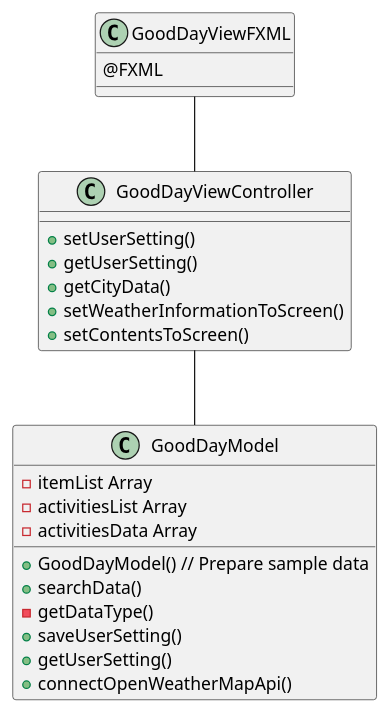
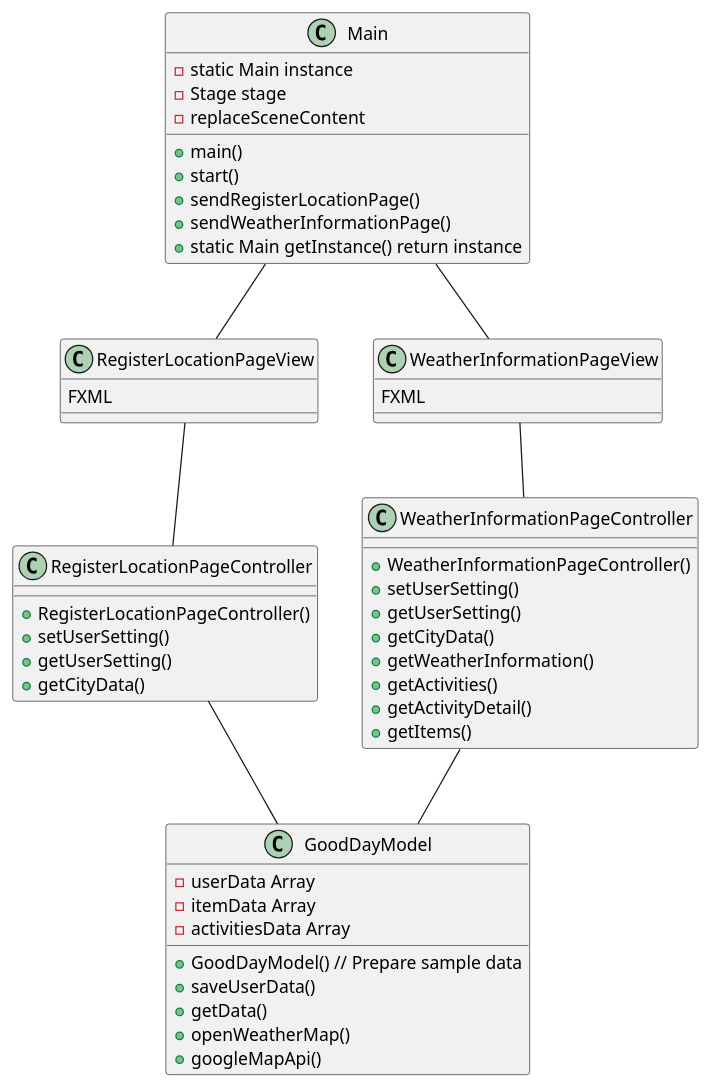
One commit to mustanghippie/Goodday changed the diagram in GoodDay_class_diagram.puml. Above: the diagram before and after it, drawn with PlantUML. The commit also changed 8 other files, not shown here.

Commit message:
Add sample sample change page and update uml

```diff
--- a/GoodDay_class_diagram.puml
+++ b/GoodDay_class_diagram.puml
@@ -1,28 +1,59 @@
 @startuml
 
-class GoodDayViewFXML{
-  @FXML
+class Main{
+    -static Main instance
+    -Stage stage
+    +main()
+    +start()
+    +sendRegisterLocationPage()
+    +sendWeatherInformationPage()
+    -replaceSceneContent
+    +static Main getInstance() return instance
+
 }
 
-class GoodDayViewController{
+class RegisterLocationPageView{
+  FXML
+}
+
+class WeatherInformationPageView{
+  FXML
+}
+
+class RegisterLocationPageController{
+  +RegisterLocationPageController()
   +setUserSetting()
   +getUserSetting()
   +getCityData()
-  +setWeatherInformationToScreen()
-  +setContentsToScreen()
 }
+
+class WeatherInformationPageController{
+  +WeatherInformationPageController()
+  +setUserSetting()
+  +getUserSetting()
+  +getCityData()
+  +getWeatherInformation()
+  +getActivities()
+  +getActivityDetail()
+  +getItems()
+}
+
 class GoodDayModel{
-  -itemList Array
-  -activitiesList Array
+  -userData Array
+  -itemData Array
   -activitiesData Array
   +GoodDayModel() // Prepare sample data
-  +searchData()
-  -getDataType()
-  +saveUserSetting()
-  +getUserSetting()
-  +connectOpenWeatherMapApi()
+  +saveUserData()
+  +getData()
+  +openWeatherMap()
+  +googleMapApi()
 }
-GoodDayViewFXML -- GoodDayViewController
-GoodDayViewController -- GoodDayModel
+
+Main -- RegisterLocationPageView
+Main -- WeatherInformationPageView
+RegisterLocationPageView -- RegisterLocationPageController
+WeatherInformationPageView -- WeatherInformationPageController
+RegisterLocationPageController -- GoodDayModel
+WeatherInformationPageController -- GoodDayModel
 
 @enduml
```
